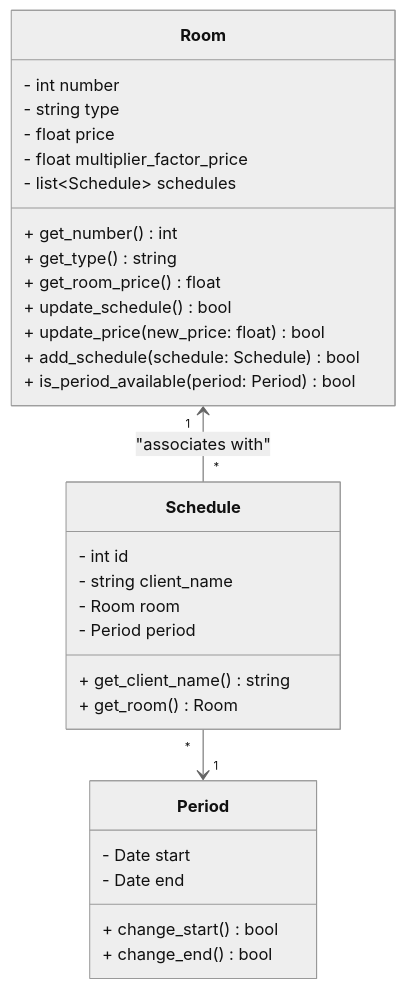
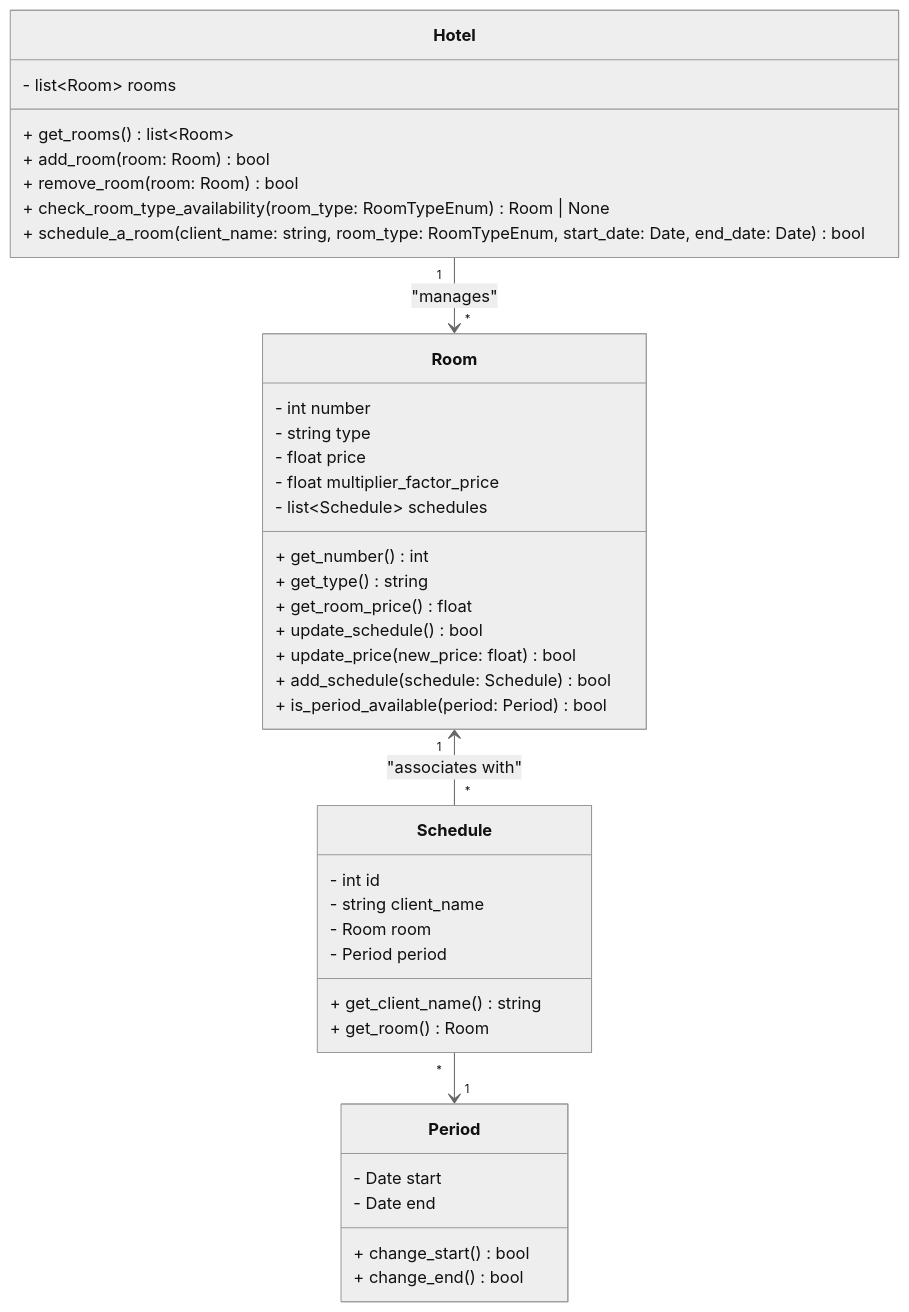
One commit to PedroLuisDionisioFraga/poetry-and-pytest-usage changed the diagram in README.md. Above: the diagram before and after it, drawn with Mermaid (neutral theme). The commit also changed other lines of this file, not shown here.

````diff
--- a/README.md
+++ b/README.md
@@ -15,36 +36,46 @@
 ```mermaid
 classDiagram
     class Room {
         - int number
         - string type
         - float price
         - float multiplier_factor_price
         - list~Schedule~ schedules
         + get_number() int
         + get_type() string
         + get_room_price() float
         + update_schedule() bool
         + update_price(new_price: float) bool
         + add_schedule(schedule: Schedule) bool
         + is_period_available(period: Period) bool
     }
 
     class Schedule {
         - int id
         - string client_name
         - Room room
         - Period period
         + get_client_name() string
         + get_room() Room
     }
 
     class Period {
         - Date start
         - Date end
         + change_start() bool
         + change_end() bool
     }
 
-    Room "1" <-- "*" Schedule : "associates with"
-    Schedule "*" --> "1" Period
+    class Hotel { 
+        - list~Room~ rooms 
+        + get_rooms() list~Room~ 
+        + add_room(room: Room) bool 
+        + remove_room(room: Room) bool 
+        + check_room_type_availability(room_type: RoomTypeEnum) Room | None 
+        + schedule_a_room(client_name: string, room_type: RoomTypeEnum, start_date: Date, end_date: Date) bool 
+    } 
+    
+    Room "1" <-- "*" Schedule : "associates with" 
+    Schedule "*" --> "1" Period 
+    Hotel "1" --> "*" Room : "manages"
 ```
````
